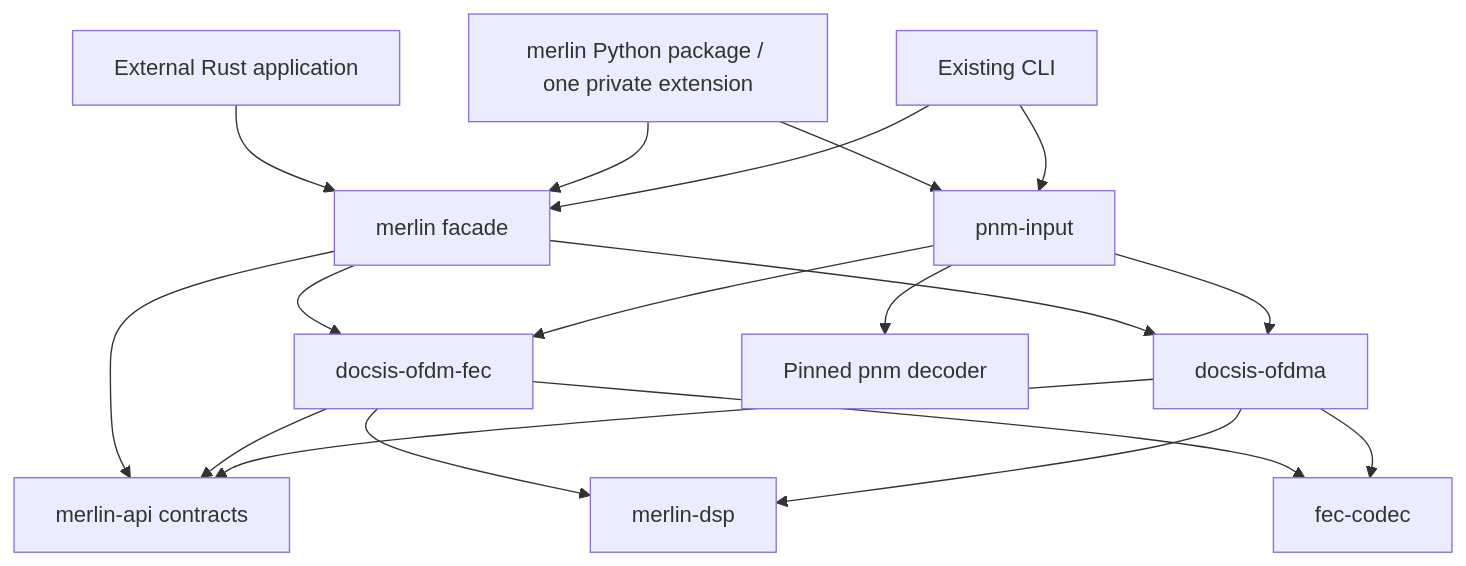
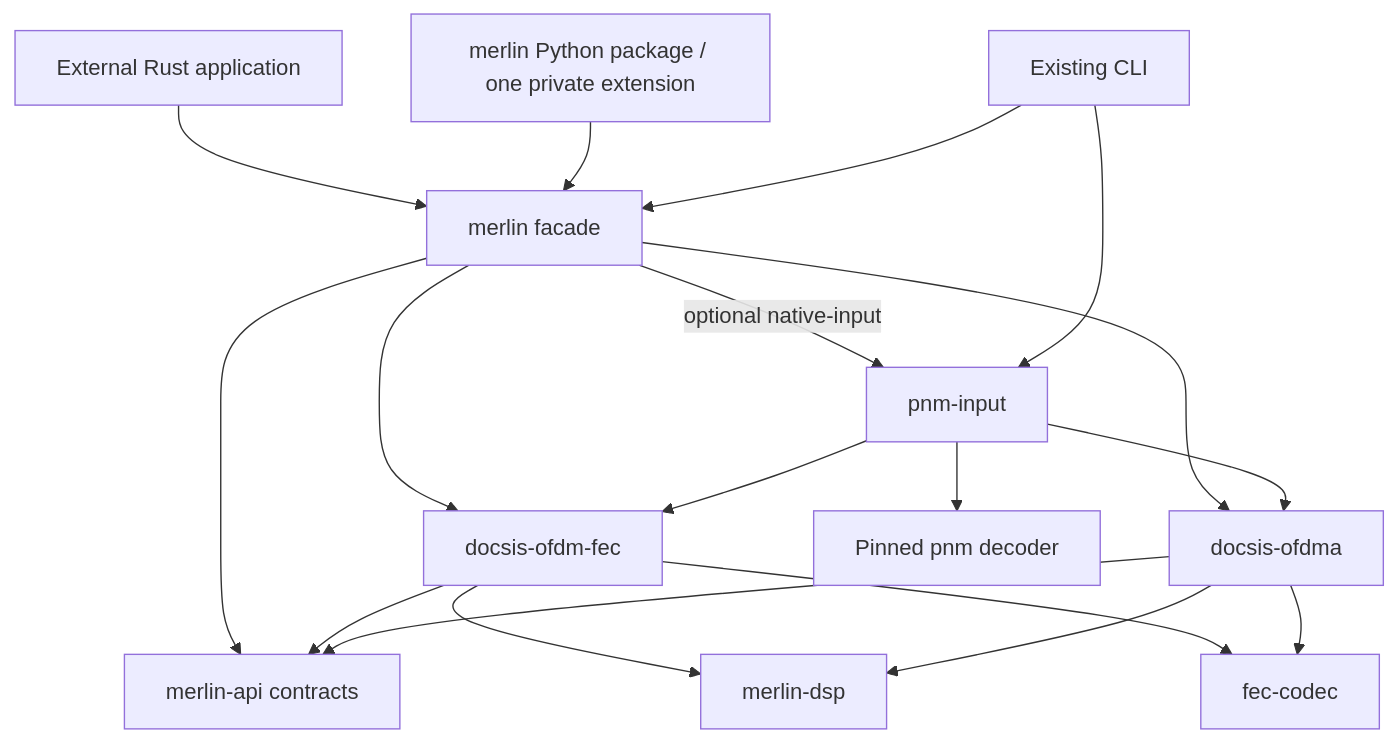
Before and after one commit to mgarcia01752/merlin: the diagram in docs/development/features/high-level-api/namespace-design.md, drawn with Mermaid. The commit also changed other lines of this file and 32 other files, not shown here.

````diff
--- a/docs/development/features/high-level-api/namespace-design.md
+++ b/docs/development/features/high-level-api/namespace-design.md
@@ -90,20 +92,20 @@
 ```mermaid
 flowchart TD
     USER[External Rust application] --> ROOT[merlin facade]
     PY[merlin Python package / one private extension] --> ROOT
     CLI[Existing CLI] --> ROOT
-    PY --> INPUT[pnm-input]
+    ROOT -->|optional native-input| INPUT[pnm-input]
     CLI --> INPUT
     ROOT --> DS[docsis-ofdm-fec]
     ROOT --> US[docsis-ofdma]
     ROOT --> API[merlin-api contracts]
     DS --> API
     US --> API
     INPUT --> DS
     INPUT --> US
     INPUT --> PNM[Pinned pnm decoder]
     DS --> DSP[merlin-dsp]
     US --> DSP
     DS --> FEC[fec-codec]
     US --> FEC
 ```
````
